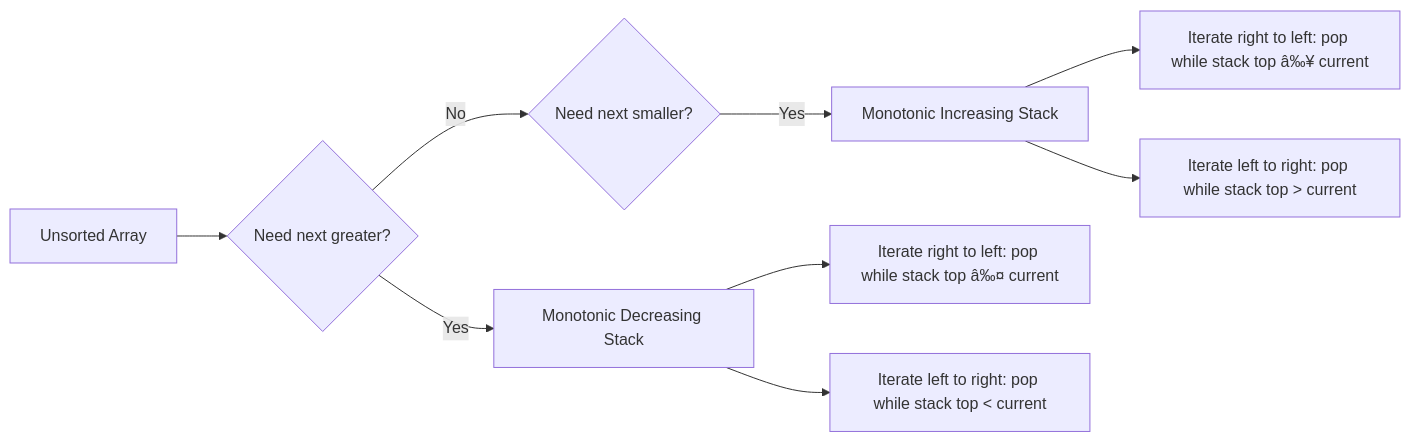
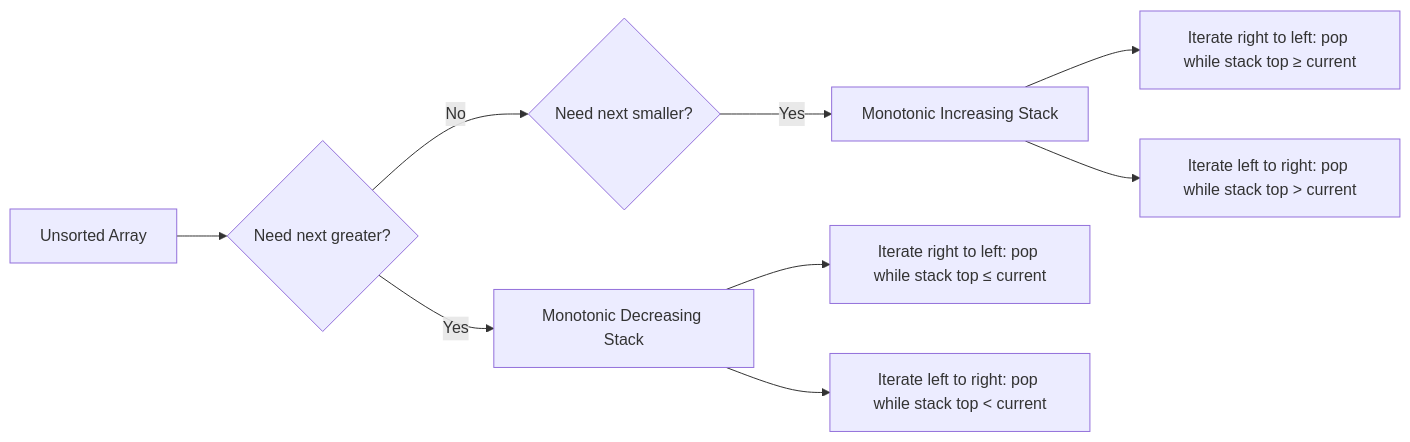
One commit to Raushan666java/ai-engineering-journey changed the second of 2 diagrams in docs/courses/coding-problems/04-stacks-queues.md. Above: the diagram before and after it, drawn with Mermaid. The commit also changed other lines of this file and 965 other files, not shown here.

````diff
--- a/docs/courses/coding-problems/04-stacks-queues.md
+++ b/docs/courses/coding-problems/04-stacks-queues.md
@@ -54,13 +54,13 @@
 ```mermaid
 flowchart LR
     A[Unsorted Array] --> B{Need next greater?}
     B -->|Yes| C[Monotonic Decreasing Stack]
     B -->|No| D{Need next smaller?}
     D -->|Yes| E[Monotonic Increasing Stack]
     
-    C --> F[Iterate right to left: pop while stack top â‰¤ current]
+    C --> F[Iterate right to left: pop while stack top ≤ current]
     C --> G[Iterate left to right: pop while stack top < current]
     
-    E --> H[Iterate right to left: pop while stack top â‰¥ current]
+    E --> H[Iterate right to left: pop while stack top ≥ current]
     E --> I[Iterate left to right: pop while stack top > current]
 ```
````
